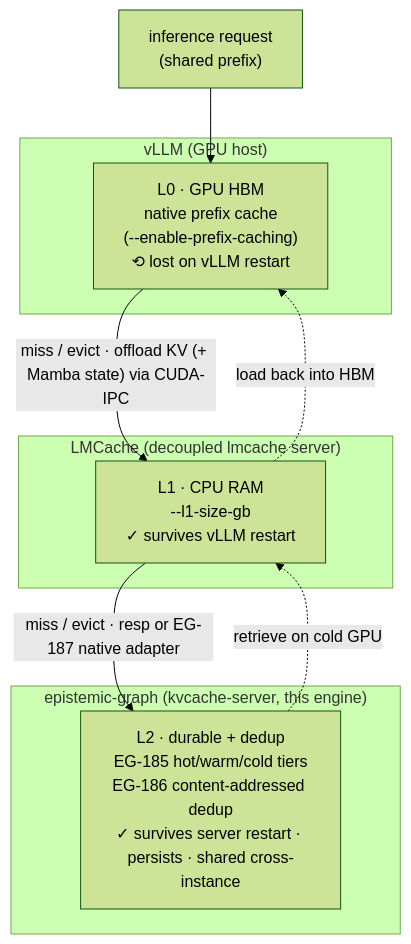
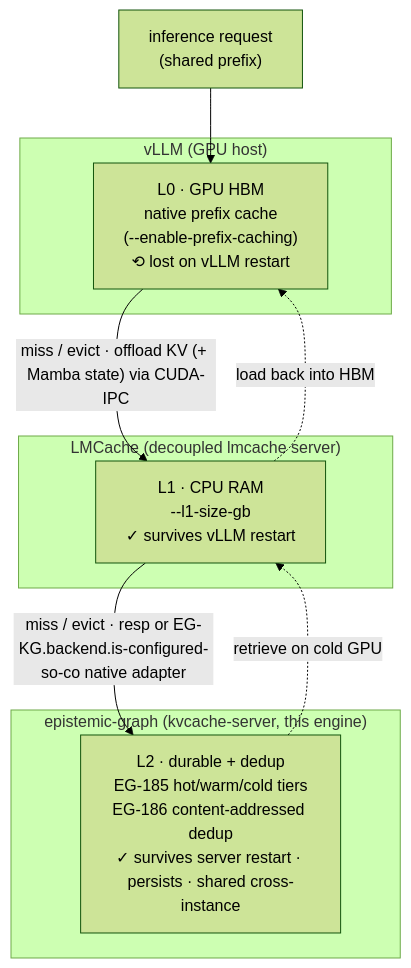
Before and after one commit to Knuckles-Team/epistemic-graph: the diagram in docs/interfaces/kvcache.md, drawn with Mermaid (forest theme). The commit also changed other lines of this file and 469 other files, not shown here.

````diff
--- a/docs/interfaces/kvcache.md
+++ b/docs/interfaces/kvcache.md
@@ -21,17 +21,17 @@
 ```mermaid
 flowchart TD
     req["inference request<br/>(shared prefix)"] --> L0
     subgraph vllm["vLLM (GPU host)"]
       L0["L0 · GPU HBM<br/>native prefix cache<br/>(--enable-prefix-caching)<br/>⟲ lost on vLLM restart"]
     end
     subgraph lm["LMCache (decoupled lmcache server)"]
       L1["L1 · CPU RAM<br/>--l1-size-gb<br/>✓ survives vLLM restart"]
     end
     subgraph eg["epistemic-graph (kvcache-server, this engine)"]
       L2["L2 · durable + dedup<br/>EG-185 hot/warm/cold tiers<br/>EG-186 content-addressed dedup<br/>✓ survives server restart · persists · shared cross-instance"]
     end
     L0 -->|"miss / evict · offload KV (+ Mamba state) via CUDA-IPC"| L1
-    L1 -->|"miss / evict · resp or EG-187 native adapter"| L2
+    L1 -->|"miss / evict · resp or EG-KG.backend.is-configured-so-co native adapter"| L2
     L2 -.->|"retrieve on cold GPU"| L1
     L1 -.->|"load back into HBM"| L0
 ```
````
